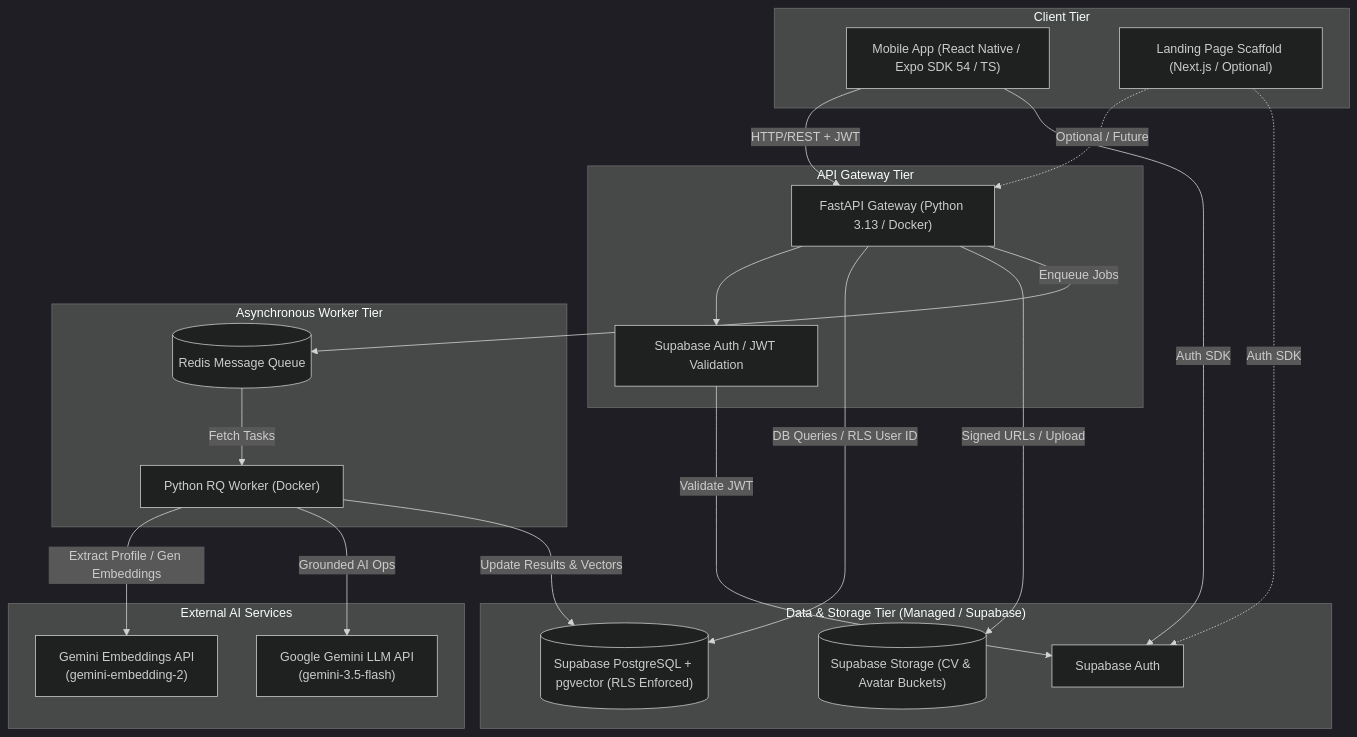
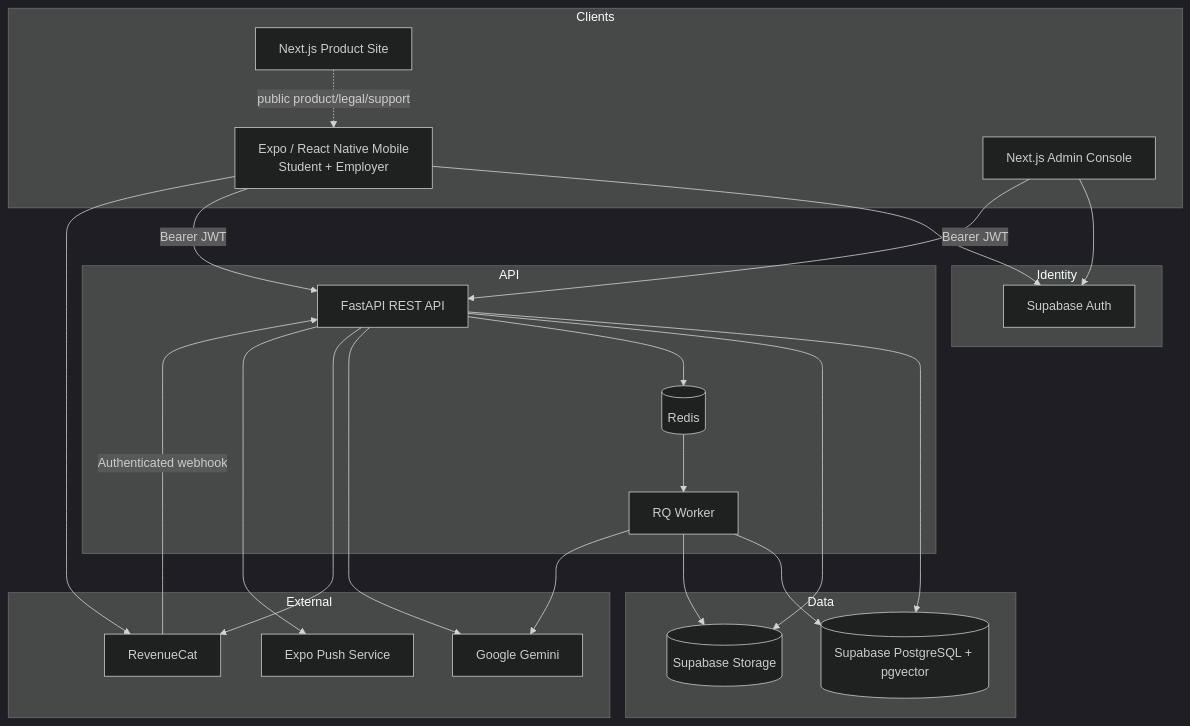
One commit to vertex-intelligent-org/InternMatch-AI changed the diagram in docs/ARCHITECTURE.md. Above: the diagram before and after it, drawn with Mermaid (dark theme). The commit also changed other lines of this file and 12 other files, not shown here.

````diff
--- a/docs/ARCHITECTURE.md
+++ b/docs/ARCHITECTURE.md
@@ -64,44 +18,47 @@
 ```mermaid
-graph TD
-    subgraph ClientTier["Client Tier"]
-        MobileApp["Mobile App (React Native / Expo SDK 54 / TS)"]
-        LandingPage["Landing Page Scaffold (Next.js / Optional)"]
+flowchart TB
+    subgraph Clients
+      Mobile[Expo / React Native Mobile\nStudent + Employer]
+      Admin[Next.js Admin Console]
+      Landing[Next.js Product Site]
     end
 
-    subgraph APITier["API Gateway Tier"]
-        FastAPI["FastAPI Gateway (Python 3.13 / Docker)"]
-        AuthMiddleware["Supabase Auth / JWT Validation"]
+    subgraph Identity
+      SupaAuth[Supabase Auth]
     end
 
-    subgraph WorkerTier["Asynchronous Worker Tier"]
-        RedisQueue[("Redis Message Queue")]
-        RQWorker["Python RQ Worker (Docker)"]
+    subgraph API
+      FastAPI[FastAPI REST API]
+      Redis[(Redis)]
+      RQ[RQ Worker]
     end
 
-    subgraph DataTier["Data & Storage Tier (Managed / Supabase)"]
-        SupaAuth["Supabase Auth"]
-        SupaDB[("Supabase PostgreSQL + pgvector (RLS Enforced)")]
-        SupaStorage[("Supabase Storage (CV & Avatar Buckets)")]
+    subgraph Data
+      PG[(Supabase PostgreSQL + pgvector)]
+      Storage[(Supabase Storage)]
     end
 
-    subgraph AIServices["External AI Services"]
-        LLMProvider["Google Gemini LLM API<br/>(gemini-3.5-flash)"]
-        EmbeddingAPI["Gemini Embeddings API<br/>(gemini-embedding-2)"]
+    subgraph External
+      Gemini[Google Gemini]
+      RevenueCat[RevenueCat]
+      ExpoPush[Expo Push Service]
     end
 
-    MobileApp -->|HTTP/REST + JWT| FastAPI
-    LandingPage -.->|Optional / Future| FastAPI
-    MobileApp -->|Auth SDK| SupaAuth
-    LandingPage -.->|Auth SDK| SupaAuth
-
-    FastAPI --> AuthMiddleware
-    AuthMiddleware -->|Validate JWT| SupaAuth
-    FastAPI -->|DB Queries / RLS User ID| SupaDB
-    FastAPI -->|Signed URLs / Upload| SupaStorage
-    FastAPI -->|Enqueue Jobs| RedisQueue
-
-    RedisQueue -->|Fetch Tasks| RQWorker
-    RQWorker -->|Extract Profile / Gen Embeddings| EmbeddingAPI
-    RQWorker -->|Grounded AI Ops| LLMProvider
-    RQWorker -->|Update Results & Vectors| SupaDB
+    Mobile --> SupaAuth
+    Admin --> SupaAuth
+    Mobile -->|Bearer JWT| FastAPI
+    Admin -->|Bearer JWT| FastAPI
+    FastAPI --> PG
+    FastAPI --> Storage
+    FastAPI --> Redis
+    Redis --> RQ
+    RQ --> PG
+    RQ --> Storage
+    RQ --> Gemini
+    FastAPI --> Gemini
+    Mobile --> RevenueCat
+    FastAPI --> RevenueCat
+    RevenueCat -->|Authenticated webhook| FastAPI
+    FastAPI --> ExpoPush
+    Landing -. public product/legal/support .-> Mobile
 ```
````
